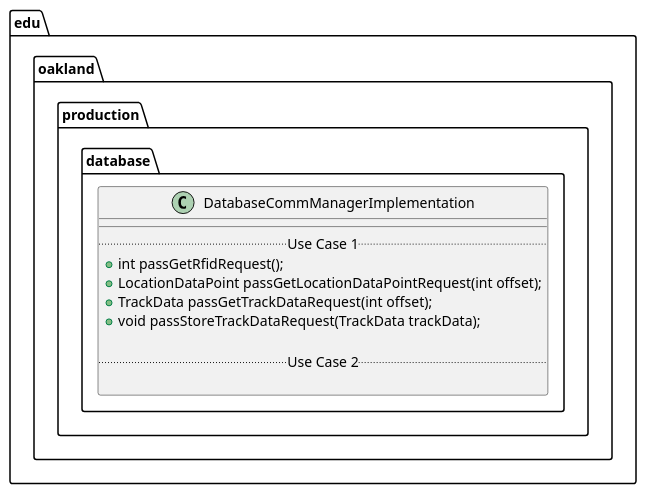
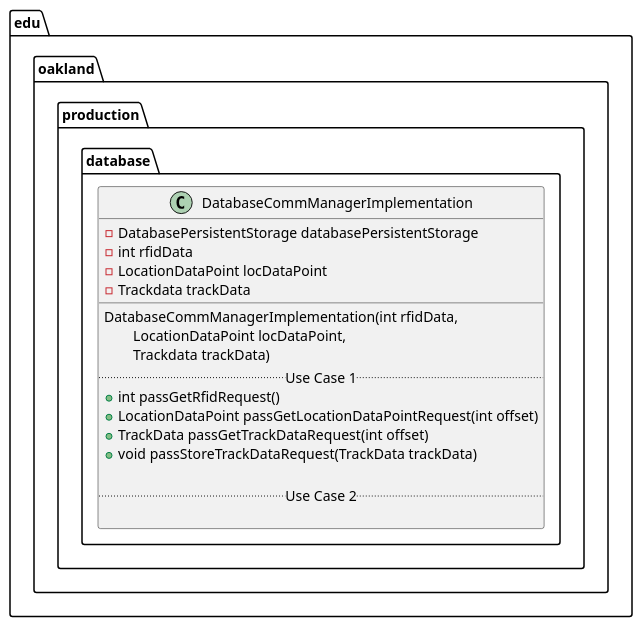
Before and after one commit to andrewdimmer/csi-3370-software-project: the diagram in docs/uml-class-diagrams/database/production/DatabaseCommManagerImplementation/DatabaseCommManagerImplementation.puml, drawn with PlantUML.

```diff
--- a/docs/uml-class-diagrams/database/production/DatabaseCommManagerImplementation/DatabaseCommManagerImplementation.puml
+++ b/docs/uml-class-diagrams/database/production/DatabaseCommManagerImplementation/DatabaseCommManagerImplementation.puml
@@ -1,17 +1,24 @@
 @startuml DatabaseCommManagerImplementation
 
 package edu.oakland.production.database {
     class DatabaseCommManagerImplementation {
+        - DatabasePersistentStorage databasePersistentStorage
+        - int rfidData
+        - LocationDataPoint locDataPoint
+        - Trackdata trackData
         __
+        DatabaseCommManagerImplementation(int rfidData,
+         \tLocationDataPoint locDataPoint,
+         \tTrackdata trackData)
         .. Use Case 1 ..
-        + int passGetRfidRequest();
-        + LocationDataPoint passGetLocationDataPointRequest(int offset);
-        + TrackData passGetTrackDataRequest(int offset);
-        + void passStoreTrackDataRequest(TrackData trackData);
+        + int passGetRfidRequest()
+        + LocationDataPoint passGetLocationDataPointRequest(int offset)
+        + TrackData passGetTrackDataRequest(int offset)
+        + void passStoreTrackDataRequest(TrackData trackData)
 
         .. Use Case 2 ..
 
     }
 }
 
 @enduml
```
